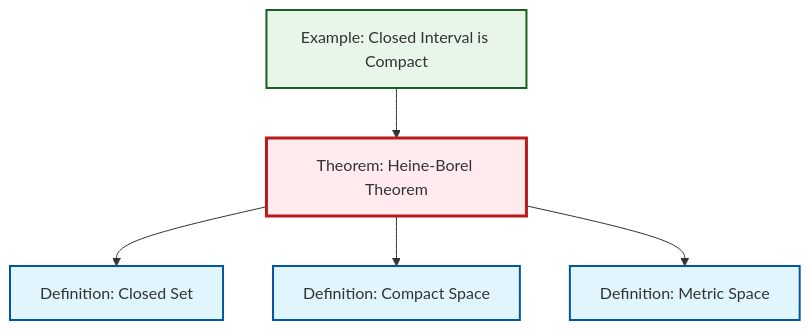
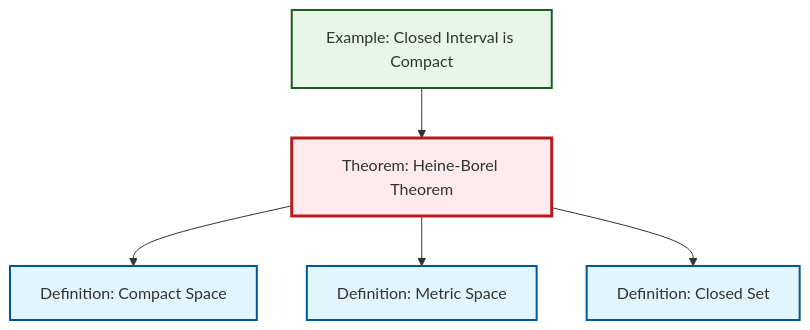
The diagram in content/en/topology/thm-heine-borel.qmd (RK0429/ModernMath), drawn with Mermaid before and after one commit. The commit also changed other lines of this file and 531 other files, not shown here.

````diff
--- a/content/en/topology/thm-heine-borel.qmd
+++ b/content/en/topology/thm-heine-borel.qmd
@@ -46,23 +46,23 @@
 ```{mermaid}
 %%| fig-cap: "Local dependency graph"
 graph TD
     classDef definition fill:#e1f5fe,stroke:#01579b,stroke-width:2px
     classDef theorem fill:#f3e5f5,stroke:#4a148c,stroke-width:2px
     classDef axiom fill:#fff3e0,stroke:#e65100,stroke-width:2px
     classDef example fill:#e8f5e9,stroke:#1b5e20,stroke-width:2px
     classDef current fill:#ffebee,stroke:#b71c1c,stroke-width:3px
+    def-metric-space["Definition: Metric Space"]:::definition
     def-compact["Definition: Compact Space"]:::definition
     ex-closed-interval-compact["Example: Closed Interval is Compact"]:::example
     def-closed-set["Definition: Closed Set"]:::definition
-    def-metric-space["Definition: Metric Space"]:::definition
     thm-heine-borel["Theorem: Heine-Borel Theorem"]:::theorem
-    thm-heine-borel --> def-closed-set
     ex-closed-interval-compact --> thm-heine-borel
     thm-heine-borel --> def-compact
     thm-heine-borel --> def-metric-space
+    thm-heine-borel --> def-closed-set
     class thm-heine-borel current
+    click def-metric-space "def-metric-space.html" "Go to Metric Space definition"
     click def-compact "def-compact.html" "Go to Compact Space definition"
     click ex-closed-interval-compact "ex-closed-interval-compact.html" "Go to Closed Interval is Compact example"
     click def-closed-set "def-closed-set.html" "Go to Closed Set definition"
-    click def-metric-space "def-metric-space.html" "Go to Metric Space definition"
 ```
````
